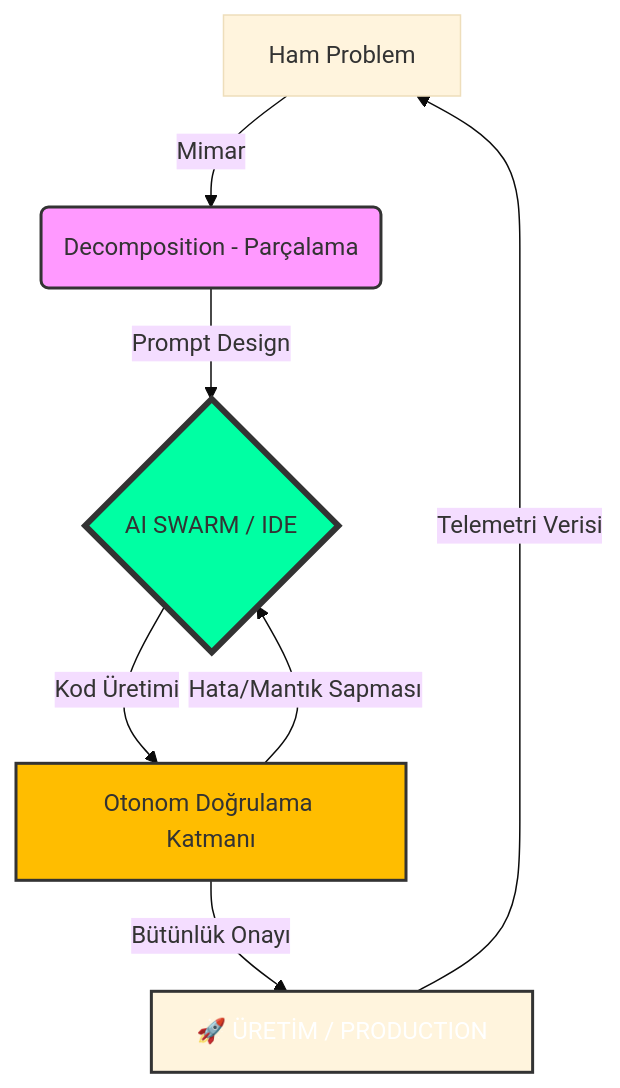
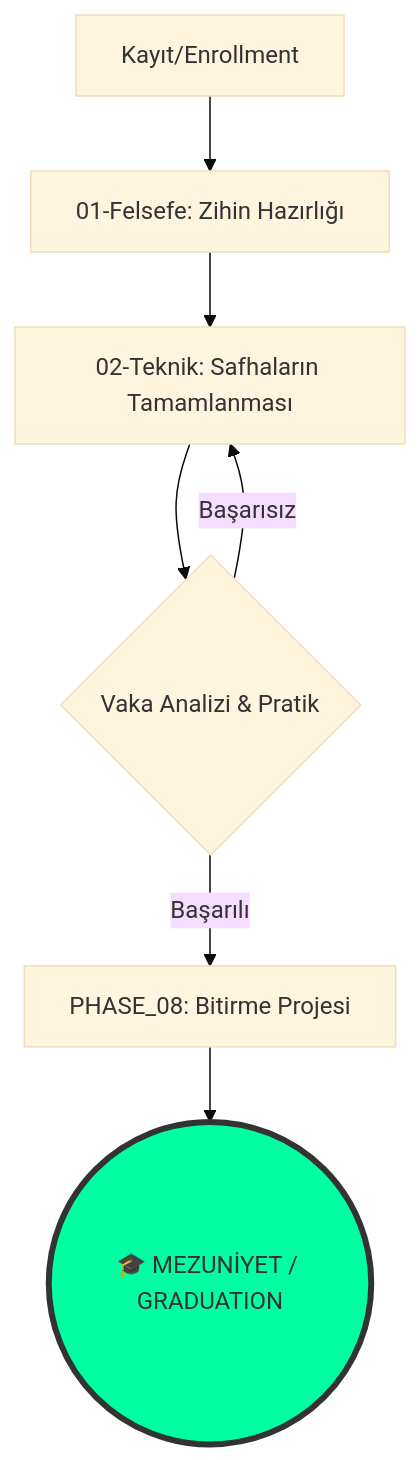
One commit to arch-yunus/post-ai-swe changed the diagram in README.md. Above: the diagram before and after it, drawn with Mermaid (base theme). The commit also changed other lines of this file, not shown here.

Commit message:
docs: rebrand project as PAISE ACADEMY with formal academic structure and enrollment protocols

````diff
--- a/README.md
+++ b/README.md
@@ -99,13 +111,10 @@
 ```mermaid
 graph TD
-    A[Ham Problem] -->|Mimar| B(Decomposition - Parçalama)
-    B -->|Prompt Design| C{AI SWARM / IDE}
-    C -->|Kod Üretimi| D[Otonom Doğrulama Katmanı]
-    D -->|Hata/Mantık Sapması| C
-    D -->|Bütünlük Onayı| E[🚀 ÜRETİM / PRODUCTION]
-    E -->|Telemetri Verisi| A
-    style B fill:#f9f,stroke:#333,stroke-width:2px
-    style C fill:#00FFA3,stroke:#333,stroke-width:4px
-    style D fill:#FFBD00,stroke:#333,stroke-width:2px
-    style E fill:#blueviolet,color:#fff,stroke:#333,stroke-width:2px
+    A[Kayıt/Enrollment] --> B[01-Felsefe: Zihin Hazırlığı]
+    B --> C[02-Teknik: Safhaların Tamamlanması]
+    C --> D{Vaka Analizi & Pratik}
+    D -->|Başarısız| C
+    D -->|Başarılı| E[PHASE_08: Bitirme Projesi]
+    E --> F((🎓 MEZUNİYET / GRADUATION))
+    style F fill:#00FFA3,stroke:#333,stroke-width:4px
 ```
````
